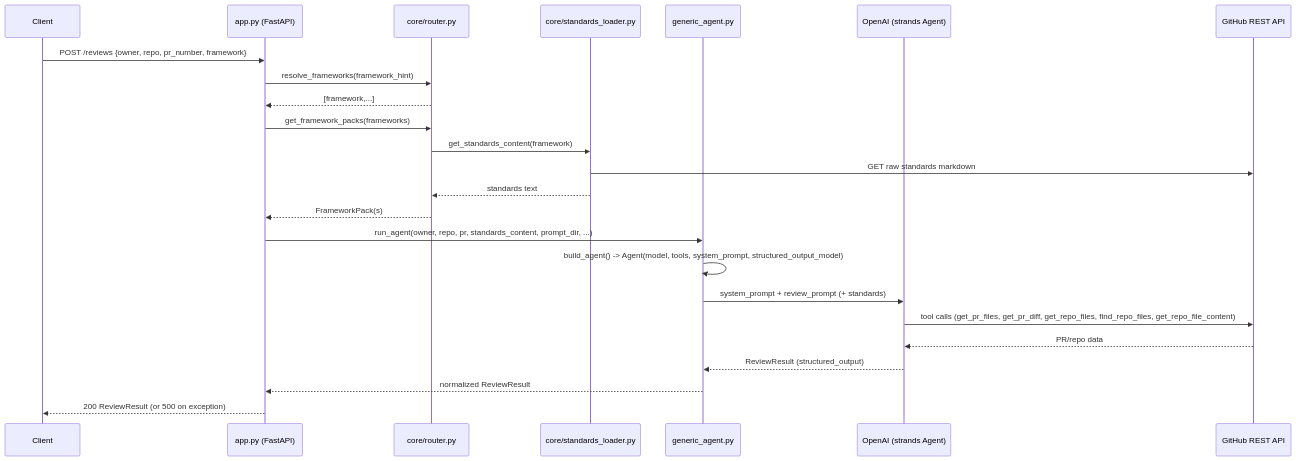
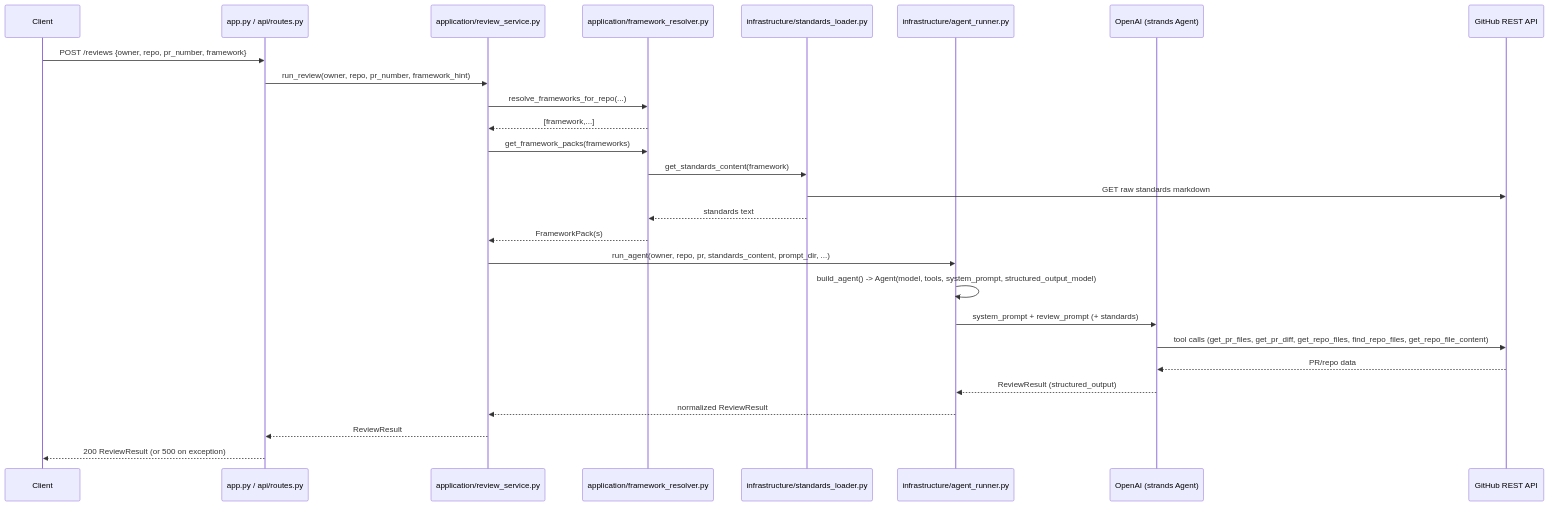
One commit to cjdava/code-review-agent-platform changed the first of 2 diagrams in README.md. Above: the diagram before and after it, drawn with Mermaid. The commit also changed other lines of this file and 20 other files, not shown here.

First line of the commit message:
feat: Implement review service and refactor API endpoints

````diff
--- a/README.md
+++ b/README.md
@@ -103,27 +123,30 @@
 ```mermaid
 sequenceDiagram
     participant Client
-    participant API as app.py (FastAPI)
-    participant Router as core/router.py
-    participant Standards as core/standards_loader.py
-    participant Agent as generic_agent.py
+    participant API as app.py / api/routes.py
+    participant Service as application/review_service.py
+    participant Resolver as application/framework_resolver.py
+    participant Standards as infrastructure/standards_loader.py
+    participant Agent as infrastructure/agent_runner.py
     participant LLM as OpenAI (strands Agent)
     participant GitHub as GitHub REST API
 
     Client->>API: POST /reviews {owner, repo, pr_number, framework}
-    API->>Router: resolve_frameworks(framework_hint)
-    Router-->>API: [framework,...]
-    API->>Router: get_framework_packs(frameworks)
-    Router->>Standards: get_standards_content(framework)
+    API->>Service: run_review(owner, repo, pr_number, framework_hint)
+    Service->>Resolver: resolve_frameworks_for_repo(...)
+    Resolver-->>Service: [framework,...]
+    Service->>Resolver: get_framework_packs(frameworks)
+    Resolver->>Standards: get_standards_content(framework)
     Standards->>GitHub: GET raw standards markdown
-    Standards-->>Router: standards text
-    Router-->>API: FrameworkPack(s)
-    API->>Agent: run_agent(owner, repo, pr, standards_content, prompt_dir, ...)
+    Standards-->>Resolver: standards text
+    Resolver-->>Service: FrameworkPack(s)
+    Service->>Agent: run_agent(owner, repo, pr, standards_content, prompt_dir, ...)
     Agent->>Agent: build_agent() -> Agent(model, tools, system_prompt, structured_output_model)
     Agent->>LLM: system_prompt + review_prompt (+ standards)
     LLM->>GitHub: tool calls (get_pr_files, get_pr_diff, get_repo_files, find_repo_files, get_repo_file_content)
     GitHub-->>LLM: PR/repo data
     LLM-->>Agent: ReviewResult (structured_output)
-    Agent-->>API: normalized ReviewResult
+    Agent-->>Service: normalized ReviewResult
+    Service-->>API: ReviewResult
     API-->>Client: 200 ReviewResult (or 500 on exception)
 ```
````
